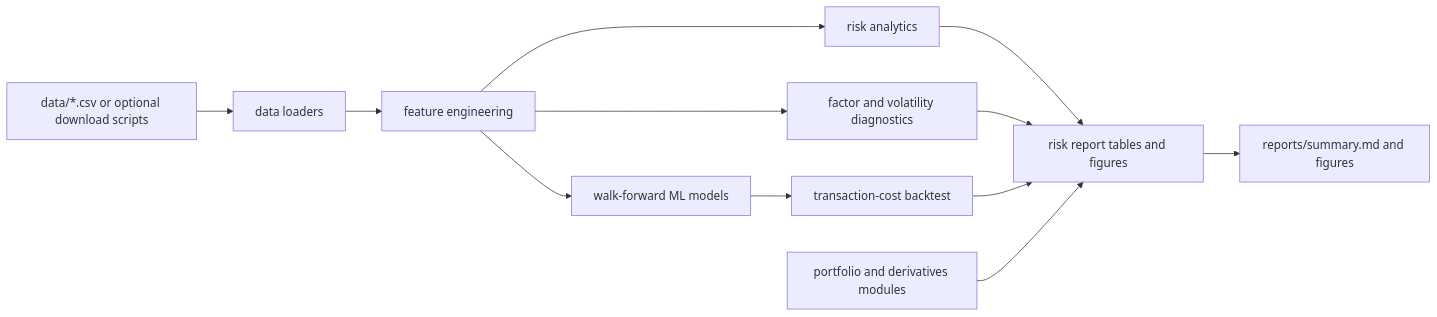
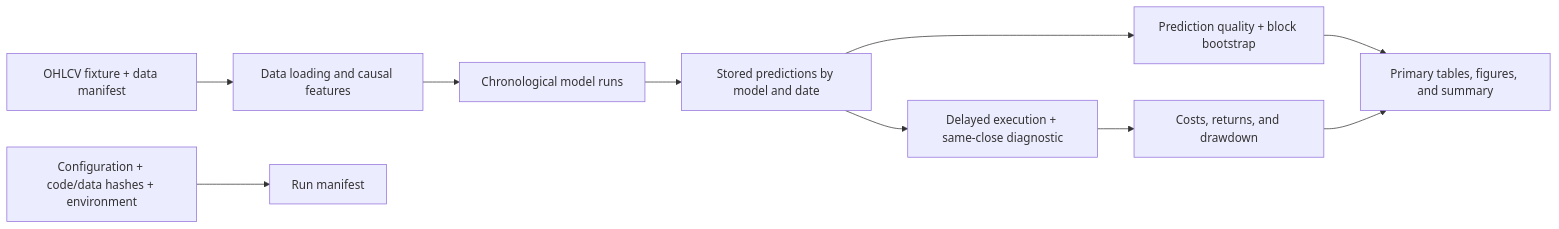
Before and after one commit to ZhonghuaM/quantitative-market-models: the diagram in docs/architecture.md, drawn with Mermaid. The commit also changed other lines of this file and 61 other files, not shown here.

````diff
--- a/docs/architecture.md
+++ b/docs/architecture.md
@@ -3,14 +3,12 @@
 ```mermaid
 flowchart LR
-    A["data/*.csv or optional download scripts"] --> B["data loaders"]
-    B --> C["feature engineering"]
-    C --> D["walk-forward ML models"]
-    C --> E["risk analytics"]
-    C --> F["factor and volatility diagnostics"]
-    D --> G["transaction-cost backtest"]
-    E --> H["risk report tables and figures"]
-    F --> H
+    A["OHLCV fixture + data manifest"] --> B["Data loading and causal features"]
+    B --> C["Chronological model runs"]
+    C --> D["Stored predictions by model and date"]
+    D --> E["Prediction quality + block bootstrap"]
+    D --> F["Delayed execution + same-close diagnostic"]
+    F --> G["Costs, returns, and drawdown"]
+    E --> H["Primary tables, figures, and summary"]
     G --> H
-    I["portfolio and derivatives modules"] --> H
-    H --> J["reports/summary.md and figures"]
+    I["Configuration + code/data hashes + environment"] --> J["Run manifest"]
 ```
````
